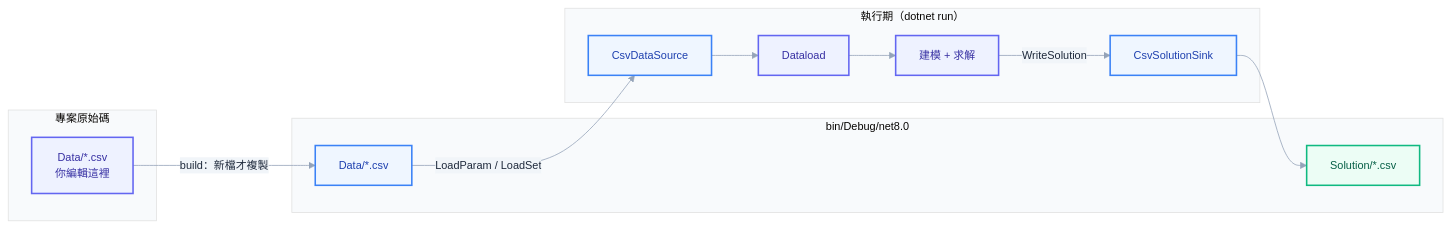
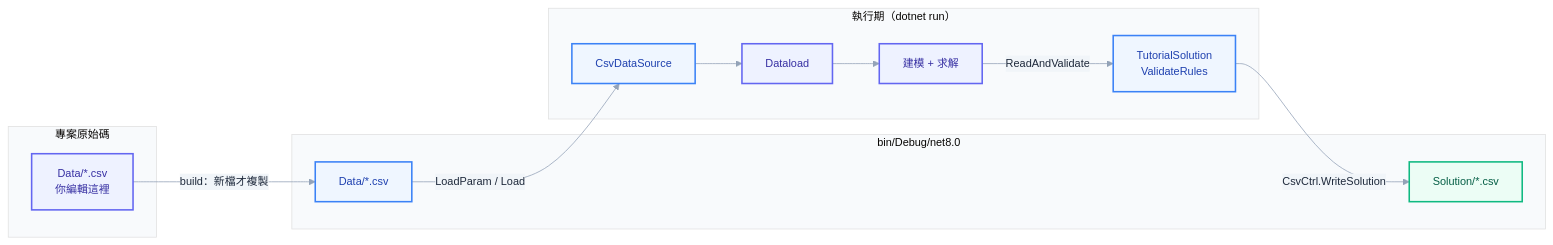
Before and after one commit to zxcbig7/OptimFoundation: the diagram in Templates/Tutorial/README.md, drawn with Mermaid. The commit also changed other lines of this file and 227 other files, not shown here.

````diff
--- a/Templates/Tutorial/README.md
+++ b/Templates/Tutorial/README.md
@@ -52,40 +50,40 @@
 ```mermaid
 %%{init: {'theme':'base','themeVariables':{
   'fontFamily':'ui-sans-serif, -apple-system, Segoe UI, Roboto, sans-serif',
   'fontSize':'14px',
   'primaryColor':'#eef2ff',
   'primaryTextColor':'#1e293b',
   'primaryBorderColor':'#6366f1',
   'lineColor':'#94a3b8',
   'secondaryColor':'#f1f5f9',
   'tertiaryColor':'#f8fafc'
 },'flowchart':{'curve':'basis','nodeSpacing':50,'rankSpacing':60,'htmlLabels':true}}}%%
 flowchart LR
   subgraph src["專案原始碼"]
     srcData["Data/*.csv<br/>你編輯這裡"]
   end
   subgraph bin["bin/Debug/net8.0"]
     binData["Data/*.csv"]
     binSol["Solution/*.csv"]
   end
   subgraph run["執行期（dotnet run）"]
     reader["CsvDataSource"]
     dl["Dataload"]
     model["建模 + 求解"]
-    sink["CsvSolutionSink"]
+    sol["TutorialSolution<br/>ValidateRules"]
   end
 
   srcData -->|"build：新檔才複製"| binData
-  binData -->|"LoadParam / LoadSet"| reader
+  binData -->|"LoadParam / Load"| reader
   reader --> dl --> model
-  model -->|"WriteSolution"| sink
-  sink --> binSol
+  model -->|"ReadAndValidate"| sol
+  sol -->|"CsvCtrl.WriteSolution"| binSol
 
   class srcData,dl,model primary;
-  class binData,reader,sink accent;
+  class binData,reader,sol accent;
   class binSol success;
 
   classDef primary  fill:#eef2ff,stroke:#6366f1,stroke-width:2px,color:#3730a3;
   classDef success  fill:#ecfdf5,stroke:#10b981,stroke-width:2px,color:#065f46;
   classDef accent   fill:#eff6ff,stroke:#3b82f6,stroke-width:2px,color:#1e40af;
 ```
````
